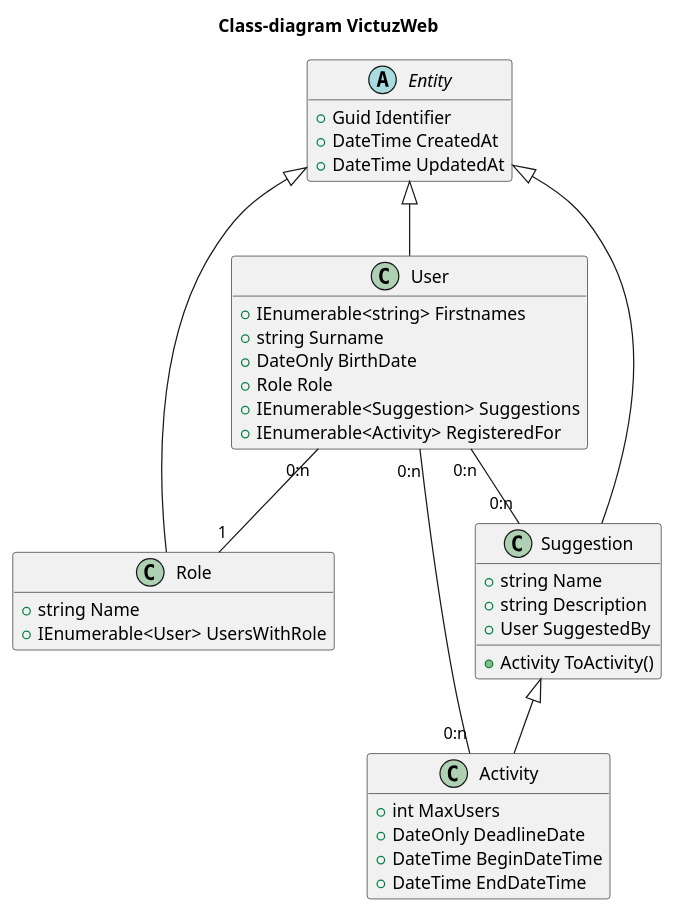
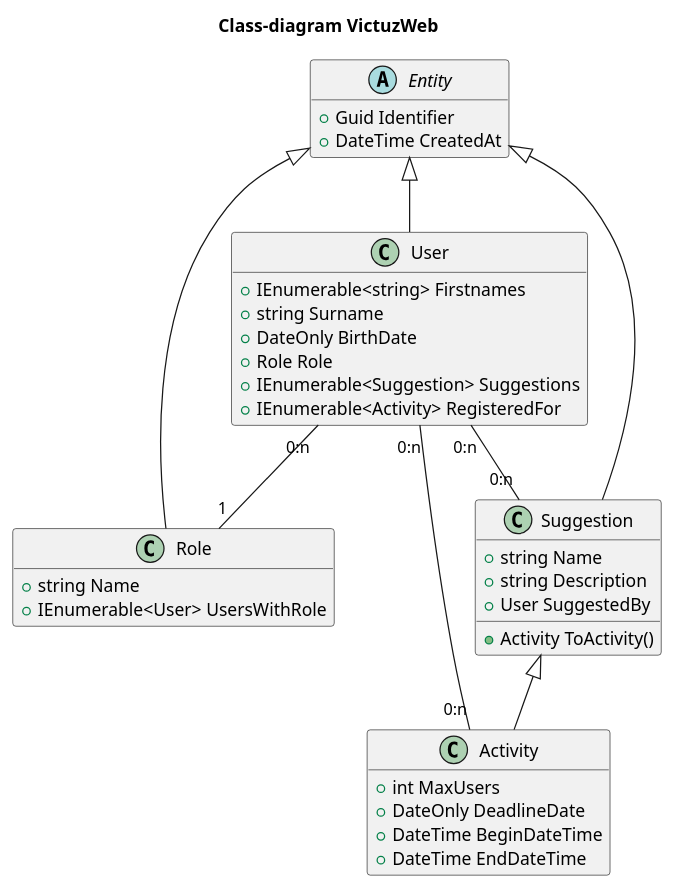
One commit to SlagterJ/VictuzWeb changed the diagram in uml/class.puml. Above: the diagram before and after it, drawn with PlantUML.

Commit message:
remove updatedAt

```diff
--- a/uml/class.puml
+++ b/uml/class.puml
@@ -1,51 +1,50 @@
 @startuml class
 hide empty members
 title Class-diagram VictuzWeb
 
 
 abstract Entity {
   + Guid Identifier
   + DateTime CreatedAt
-  + DateTime UpdatedAt
 }
 
 class User {
   + IEnumerable<string> Firstnames
   + string Surname
   + DateOnly BirthDate
   + Role Role
   + IEnumerable<Suggestion> Suggestions
   + IEnumerable<Activity> RegisteredFor
 }
 Entity <|-- User
 
 class Role {
   + string Name
   + IEnumerable<User> UsersWithRole
 }
 Entity <|-- Role
 
 User "0:n" -- "1" Role
 
 class Suggestion {
   + string Name
   + string Description
   + User SuggestedBy
 
   + Activity ToActivity()
 }
 Entity <|-- Suggestion
 
 User "0:n" -- "0:n" Suggestion
 
 class Activity {
   + int MaxUsers
   + DateOnly DeadlineDate
   + DateTime BeginDateTime
   + DateTime EndDateTime
 }
 Suggestion <|-- Activity
 
 User "0:n" -- "0:n" Activity
 
 @enduml
```
